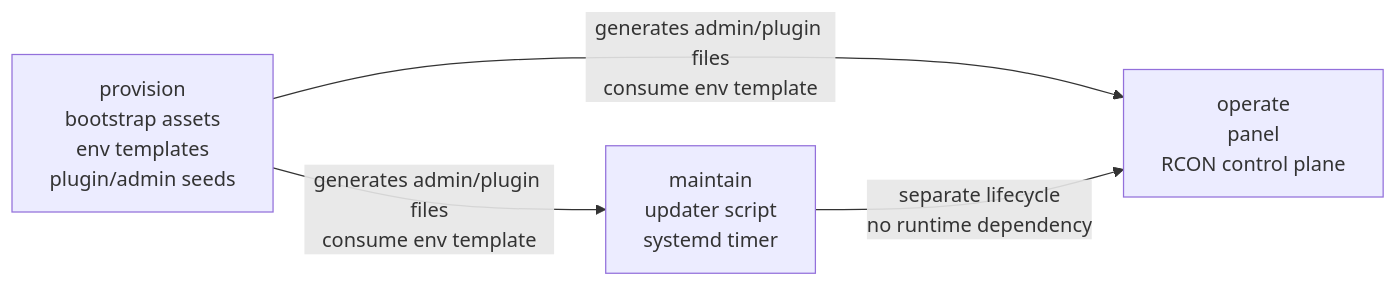
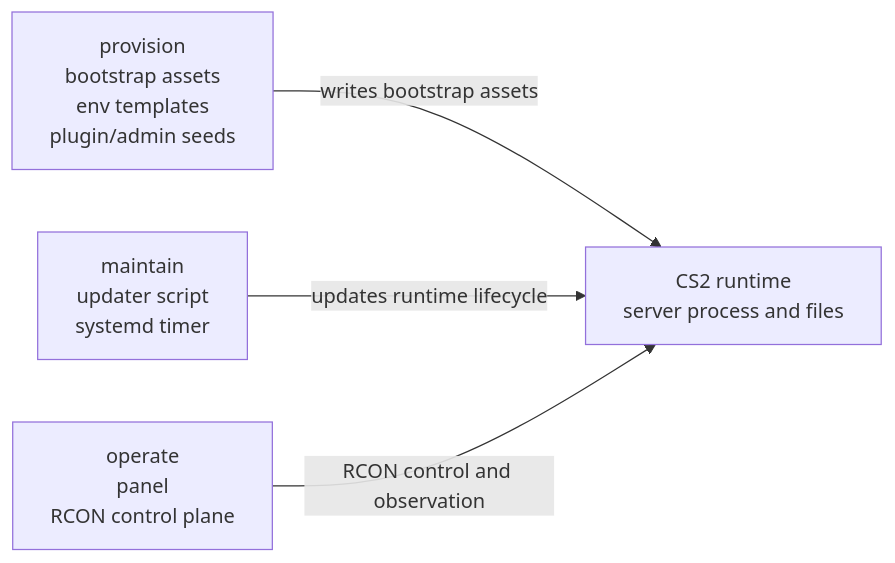
The diagram in docs/architecture.md (sebastianspicker/3rr-cs2), drawn with Mermaid before and after one commit. The commit also changed other lines of this file and 277 other files, not shown here.

````diff
--- a/docs/architecture.md
+++ b/docs/architecture.md
@@ -11,10 +11,11 @@
 ```mermaid
 flowchart LR
     P["provision\nbootstrap assets\nenv templates\nplugin/admin seeds"]
     M["maintain\nupdater script\nsystemd timer"]
     O["operate\npanel\nRCON control plane"]
+    R["CS2 runtime\nserver process and files"]
 
-    P -- "generates admin/plugin files\nconsume env template" --> M
-    P -- "generates admin/plugin files\nconsume env template" --> O
-    M -- "separate lifecycle\nno runtime dependency" --> O
+    P -- "writes bootstrap assets" --> R
+    M -- "updates runtime lifecycle" --> R
+    O -- "RCON control and observation" --> R
 ```
````
